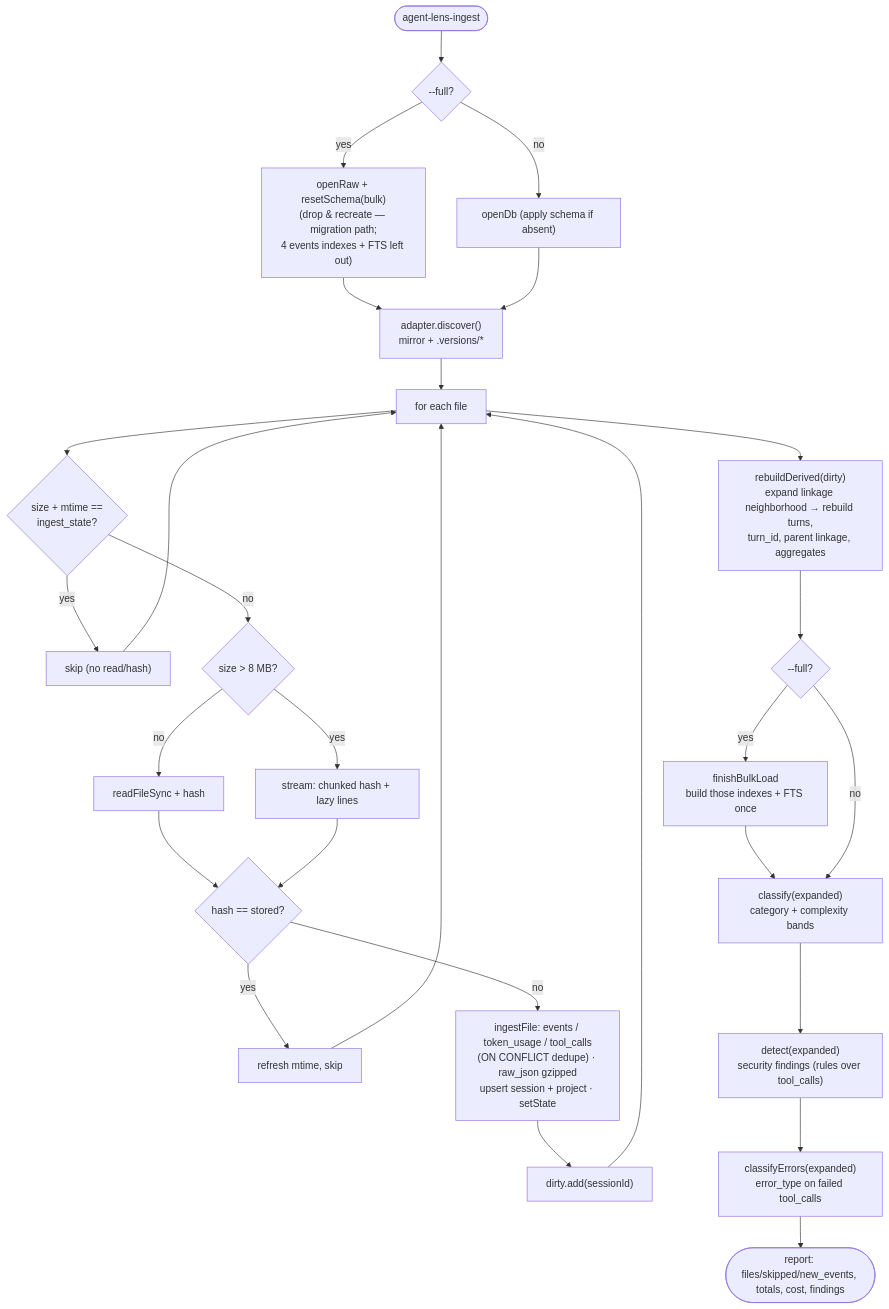
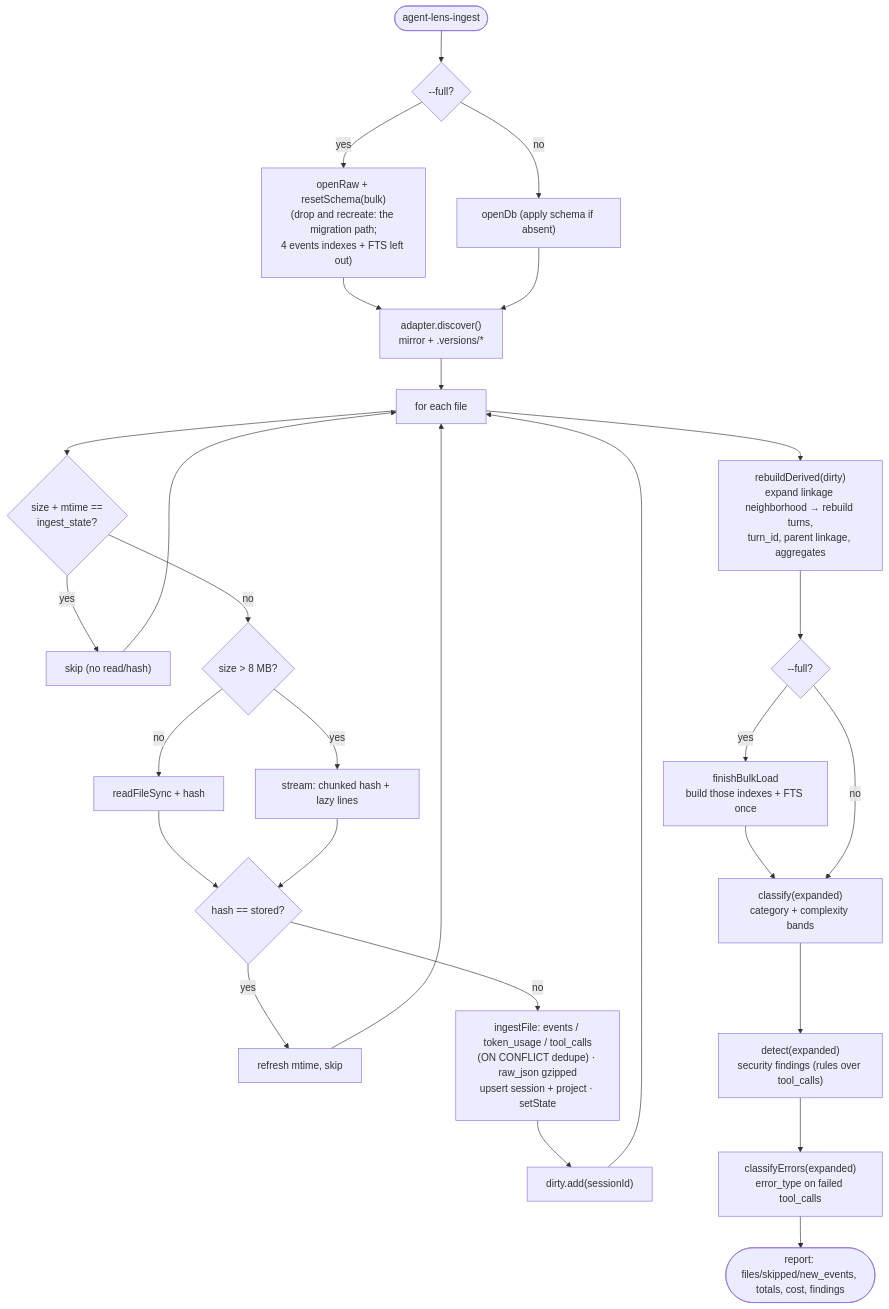
One commit to SWEStash/agent-lens changed the third of 4 diagrams in docs/ARCHITECTURE.md. Above: the diagram before and after it, drawn with Mermaid. The commit also changed other lines of this file and 9 other files, not shown here.

````diff
--- a/docs/ARCHITECTURE.md
+++ b/docs/ARCHITECTURE.md
@@ -82,26 +78,26 @@
 ```mermaid
 flowchart TD
   START(["agent-lens-ingest"]) --> FULL{"--full?"}
-  FULL -->|yes| RESET["openRaw + resetSchema(bulk)<br/>(drop & recreate — migration path;<br/>4 events indexes + FTS left out)"]
+  FULL -->|yes| RESET["openRaw + resetSchema(bulk)<br/>(drop and recreate: the migration path;<br/>4 events indexes + FTS left out)"]
   FULL -->|no| OPEN["openDb (apply schema if absent)"]
   RESET --> DISC
   OPEN --> DISC["adapter.discover()<br/>mirror + .versions/*"]
   DISC --> LOOP["for each file"]
   LOOP --> STAT{"size + mtime ==<br/>ingest_state?"}
   STAT -->|yes| SKIP["skip (no read/hash)"] --> LOOP
   STAT -->|no| READ{"size > 8 MB?"}
   READ -->|no| WHOLE["readFileSync + hash"]
   READ -->|yes| STREAM["stream: chunked hash + lazy lines"]
   WHOLE --> HASHCHK
   STREAM --> HASHCHK{"hash == stored?"}
   HASHCHK -->|yes| REFRESH["refresh mtime, skip"] --> LOOP
   HASHCHK -->|no| INGEST["ingestFile: events / token_usage / tool_calls<br/>(ON CONFLICT dedupe) · raw_json gzipped<br/>upsert session + project · setState"]
   INGEST --> MARK["dirty.add(sessionId)"] --> LOOP
   LOOP --> REBUILD["rebuildDerived(dirty)<br/>expand linkage neighborhood → rebuild turns,<br/>turn_id, parent linkage, aggregates"]
   REBUILD --> BULK{"--full?"}
   BULK -->|yes| FINISH["finishBulkLoad<br/>build those indexes + FTS once"] --> CLASSIFY
   BULK -->|no| CLASSIFY["classify(expanded)<br/>category + complexity bands"]
   CLASSIFY --> DETECT["detect(expanded)<br/>security findings (rules over tool_calls)"]
   DETECT --> ERRCLS["classifyErrors(expanded)<br/>error_type on failed tool_calls"]
   ERRCLS --> REPORT(["report: files/skipped/new_events, totals, cost, findings"]) 
 ```
````
